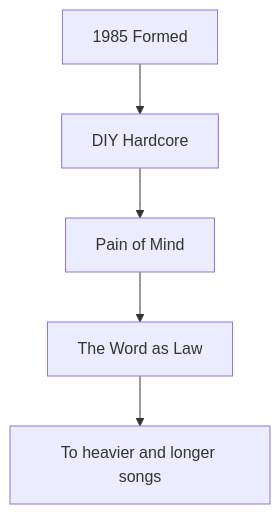
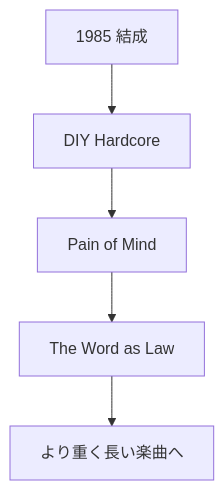
One commit to monumental-movement/monumental-movement.github.io changed the first of 7 diagrams in en/_posts/2026-07-18-column-neurosis.md. Above: the diagram before and after it, drawn with Mermaid. The commit also changed other lines of this file and 2196 other files, not shown here.

```diff
--- a/en/_posts/2026-07-18-column-neurosis.md
+++ b/en/_posts/2026-07-18-column-neurosis.md
@@ -231,15 +231,15 @@
 <div class="mermaid">
 graph TD
 
-A[1985 Formed]
+A[1985 結成]
 -->B[DIY Hardcore]
 
 B
 -->C[Pain of Mind]
 
 C
 -->D[The Word as Law]
 
 D
--->E[To heavier and longer songs]
+-->E[より重く長い楽曲へ]
 </div>
```
